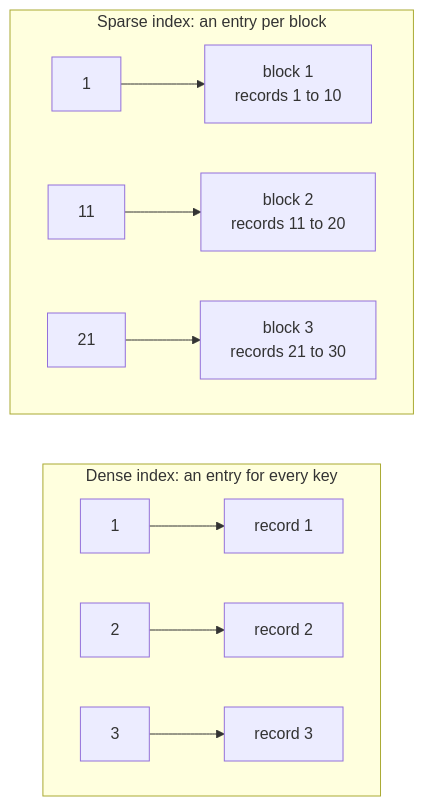
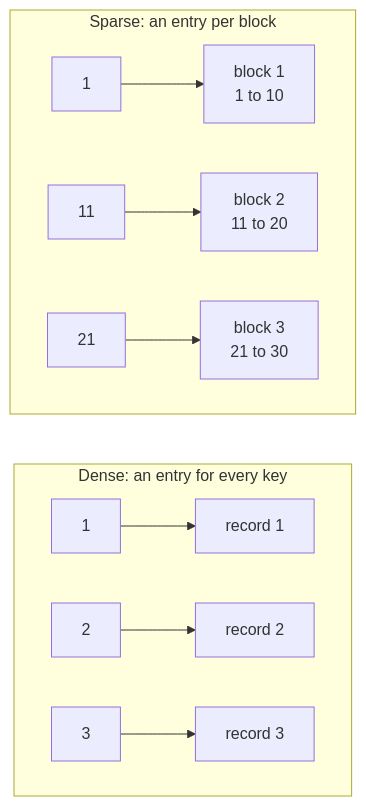
Before and after one commit to aaryan-pradhan/core-cs-fundamentals: the third of 7 diagrams in dbms/14-indexing.md, drawn with Mermaid. The commit also changed other lines of this file, not shown here.

````diff
--- a/dbms/14-indexing.md
+++ b/dbms/14-indexing.md
@@ -90,15 +45,15 @@
 ```mermaid
 flowchart LR
-  subgraph Dense["Dense index: an entry for every key"]
+  subgraph Dense["Dense: an entry for every key"]
     direction LR
     d1["1"] --> r1["record 1"]
     d2["2"] --> r2["record 2"]
     d3["3"] --> r3["record 3"]
   end
-  subgraph Sparse["Sparse index: an entry per block"]
+  subgraph Sparse["Sparse: an entry per block"]
     direction LR
-    s1["1"] --> b1["block 1<br/>records 1 to 10"]
-    s11["11"] --> b2["block 2<br/>records 11 to 20"]
-    s21["21"] --> b3["block 3<br/>records 21 to 30"]
+    s1["1"] --> b1["block 1<br/>1 to 10"]
+    s11["11"] --> b2["block 2<br/>11 to 20"]
+    s21["21"] --> b3["block 3<br/>21 to 30"]
   end
 ```
````
